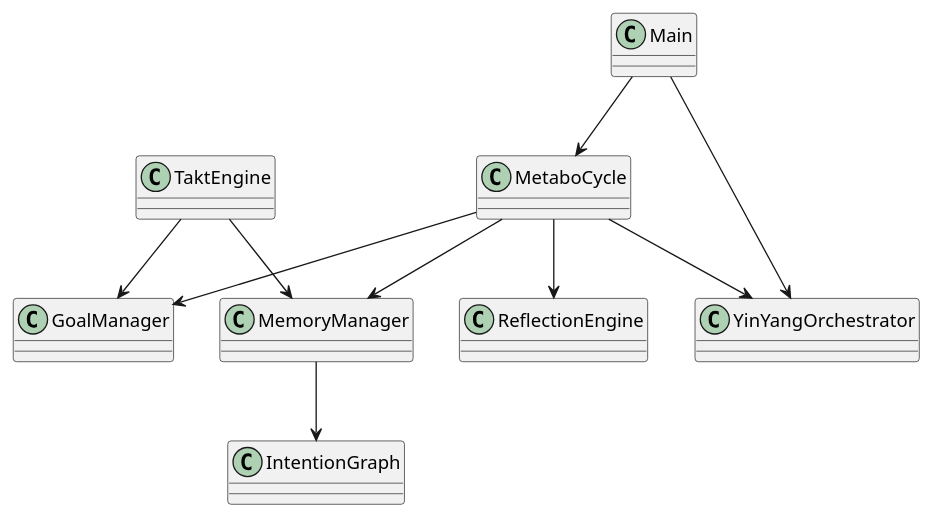
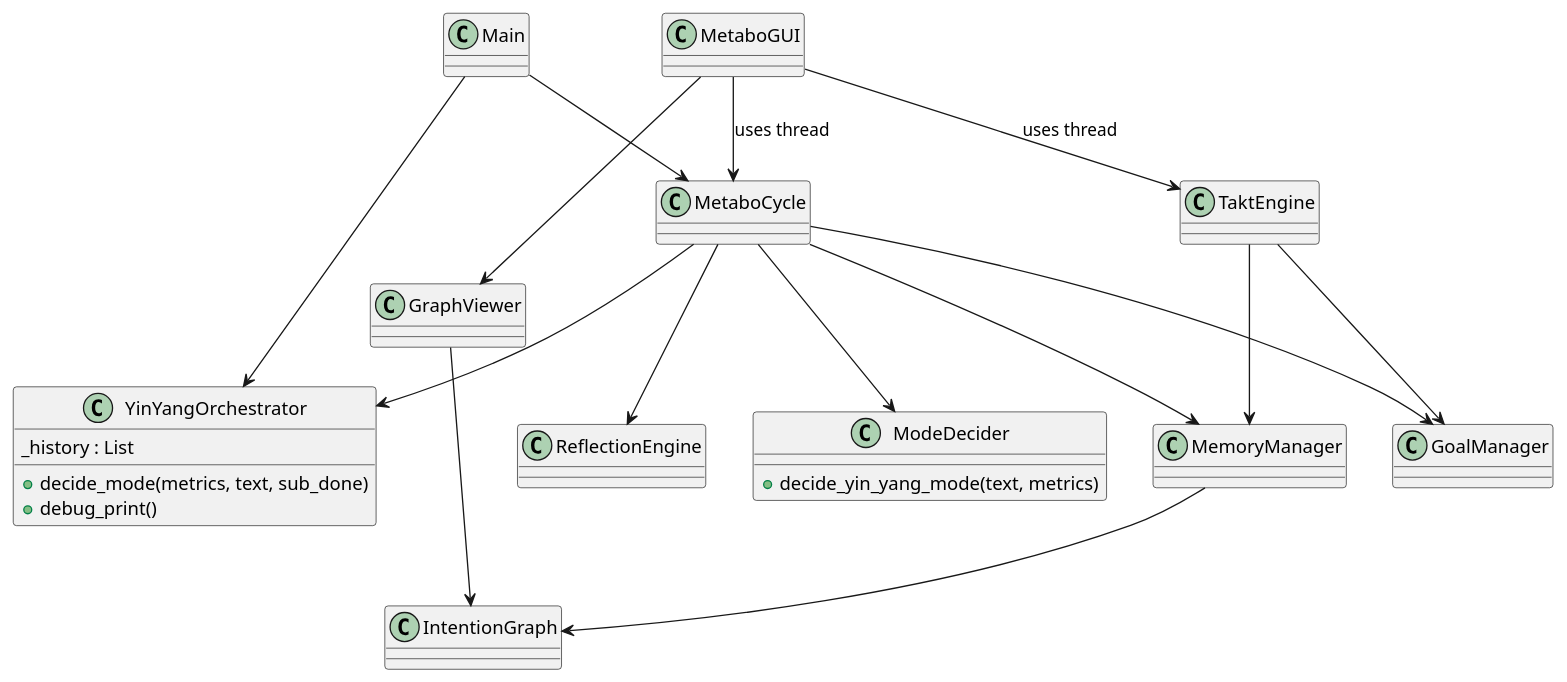
The diagram in doc/diagrams/class_diagram.puml (marcusreimold/MetaboMind), drawn with PlantUML before and after one commit. The commit also changed 11 other files, not shown here.

Commit message:
Add interactive graph viewer

```diff
--- a/doc/diagrams/class_diagram.puml
+++ b/doc/diagrams/class_diagram.puml
@@ -1,19 +1,31 @@
 @startuml
 class Main
 class MetaboCycle
 class GoalManager
 class MemoryManager
 class IntentionGraph
 class ReflectionEngine
 class TaktEngine
 class YinYangOrchestrator
+class ModeDecider
+class MetaboGUI
+class GraphViewer
+YinYangOrchestrator : +decide_mode(metrics, text, sub_done)
+YinYangOrchestrator : +debug_print()
+YinYangOrchestrator : _history : List
+ModeDecider : +decide_yin_yang_mode(text, metrics)
 Main --> MetaboCycle
 MetaboCycle --> GoalManager
 MetaboCycle --> MemoryManager
 MetaboCycle --> ReflectionEngine
 MetaboCycle --> YinYangOrchestrator
+MetaboCycle --> ModeDecider
 MemoryManager --> IntentionGraph
 TaktEngine --> MemoryManager
 TaktEngine --> GoalManager
 Main --> YinYangOrchestrator
+MetaboGUI --> MetaboCycle : uses thread
+MetaboGUI --> TaktEngine : uses thread
+MetaboGUI --> GraphViewer
+GraphViewer --> IntentionGraph
 @enduml
```
